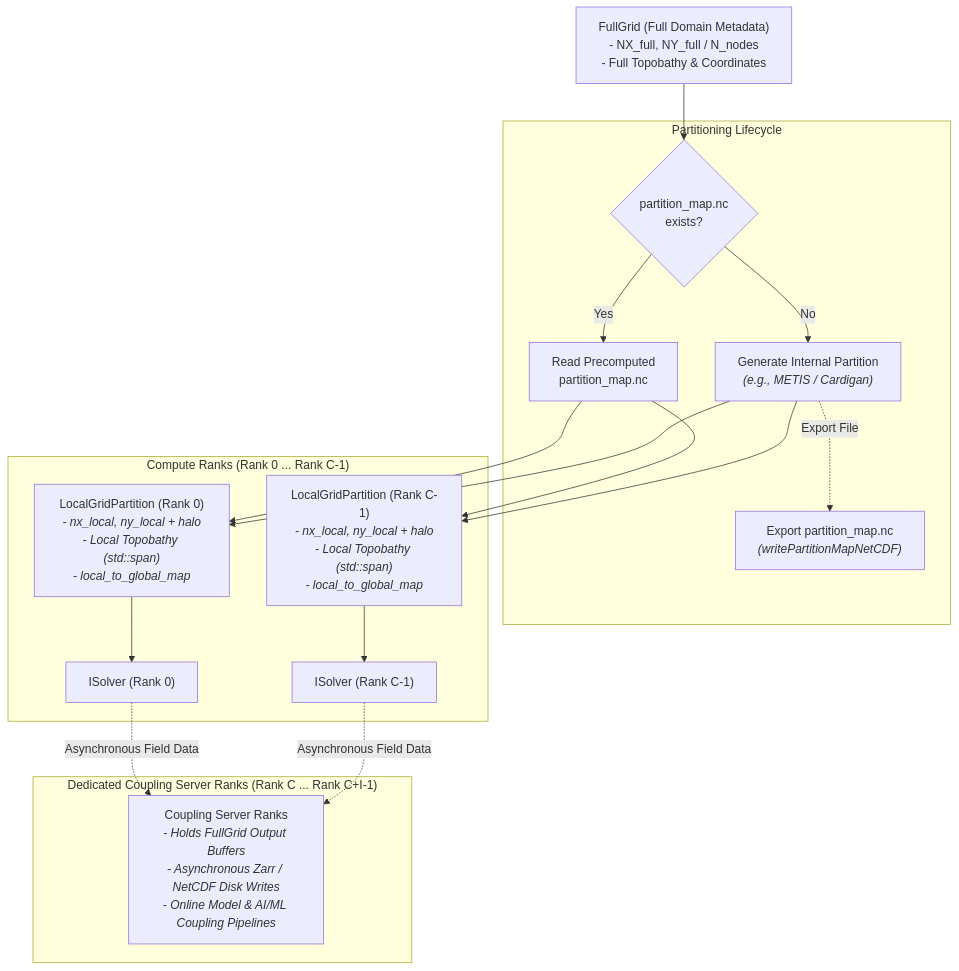
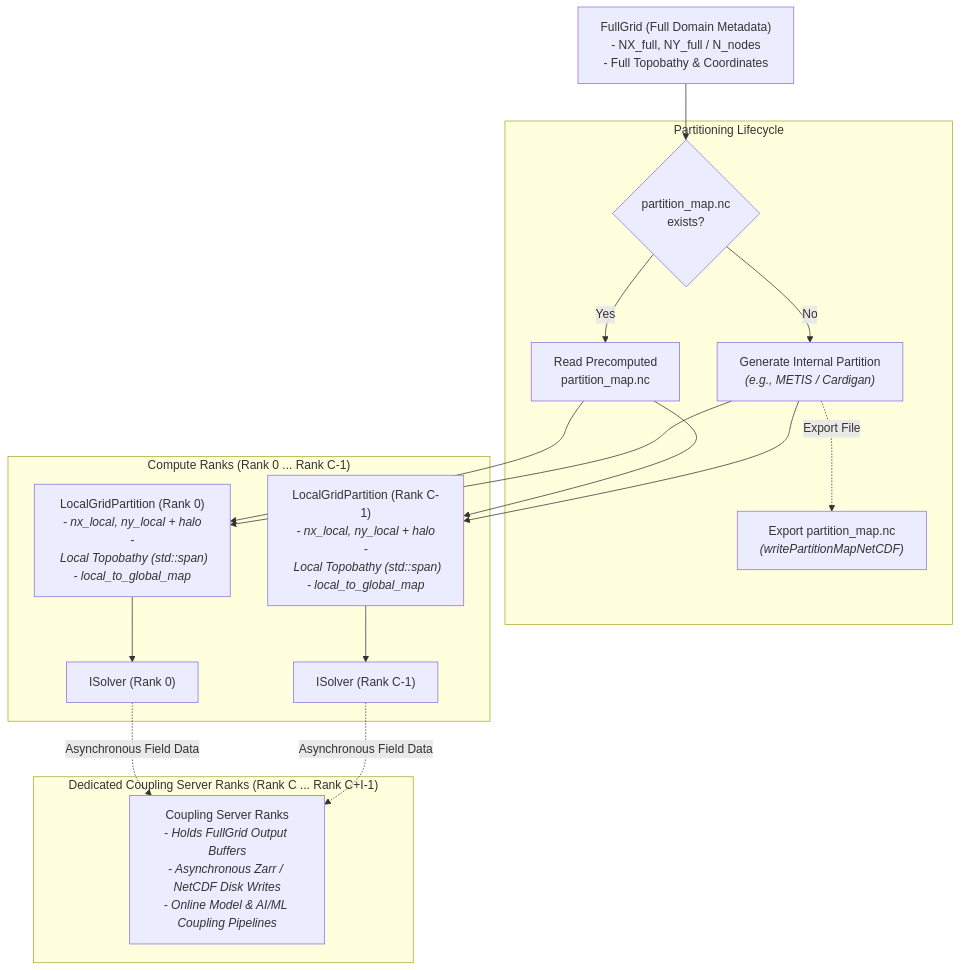
The third of 3 diagrams in ASSESSMENT.md (HendrikTolman-NOAA/WW4_HLT), drawn with Mermaid before and after one commit.

Commit message:
docs: format PM_READ and PM_GEN labels on single lines in assessment Mermaid diagram

````diff
--- a/ASSESSMENT.md
+++ b/ASSESSMENT.md
@@ -208,40 +208,40 @@
 ```mermaid
 graph TD
     FG["FullGrid&nbsp;(Full&nbsp;Domain&nbsp;Metadata)<br/>-&nbsp;NX_full,&nbsp;NY_full&nbsp;/&nbsp;N_nodes<br/>-&nbsp;Full&nbsp;Topobathy&nbsp;&&nbsp;Coordinates"]
 
     subgraph PartMap ["Partitioning Lifecycle"]
         PM_CHK{"partition_map.nc<br/>exists?"}
         PM_READ["Read&nbsp;Precomputed<br/>partition_map.nc"]
         PM_GEN["Generate&nbsp;Internal&nbsp;Partition<br/><i>(e.g., METIS / Cardigan)</i>"]
         PM_WRITE["Export partition_map.nc<br/><i>(writePartitionMapNetCDF)</i>"]
 
         PM_CHK -- Yes --> PM_READ
         PM_CHK -- No --> PM_GEN
         PM_GEN -. Export File .-> PM_WRITE
     end
 
     FG --> PM_CHK
 
     subgraph ComputeRanks ["Compute Ranks (Rank 0 ... Rank C-1)"]
-        LP0["LocalGridPartition (Rank 0)<br/><i>- nx_local, ny_local + halo</i><br/><i>- Local Topobathy (std::span)</i><br/><i>- local_to_global_map</i>"]
-        LPC["LocalGridPartition (Rank C-1)<br/><i>- nx_local, ny_local + halo</i><br/><i>- Local Topobathy (std::span)</i><br/><i>- local_to_global_map</i>"]
+        LP0["LocalGridPartition&nbsp;(Rank&nbsp;0)<br/><i>-&nbsp;nx_local,&nbsp;ny_local&nbsp;+&nbsp;halo</i><br/><i>-&nbsp;Local&nbsp;Topobathy&nbsp;(std::span)</i><br/><i>-&nbsp;local_to_global_map</i>"]
+        LPC["LocalGridPartition&nbsp;(Rank&nbsp;C-1)<br/><i>-&nbsp;nx_local,&nbsp;ny_local&nbsp;+&nbsp;halo</i><br/><i>-&nbsp;Local&nbsp;Topobathy&nbsp;(std::span)</i><br/><i>-&nbsp;local_to_global_map</i>"]
 
         S0["ISolver (Rank 0)"]
         SC["ISolver (Rank C-1)"]
 
         LP0 --> S0
         LPC --> SC
     end
 
     subgraph IORanks ["Dedicated Coupling Server Ranks (Rank C ... Rank C+I-1)"]
         IOR["Coupling Server Ranks<br/><i>- Holds FullGrid Output Buffers</i><br/><i>- Asynchronous Zarr / NetCDF Disk Writes</i><br/><i>- Online Model & AI/ML Coupling Pipelines</i>"]
     end
 
     PM_READ --> LP0
     PM_READ --> LPC
     PM_GEN --> LP0
     PM_GEN --> LPC
 
     S0 -. Asynchronous Field Data .-> IOR
     SC -. Asynchronous Field Data .-> IOR
 ```
````
